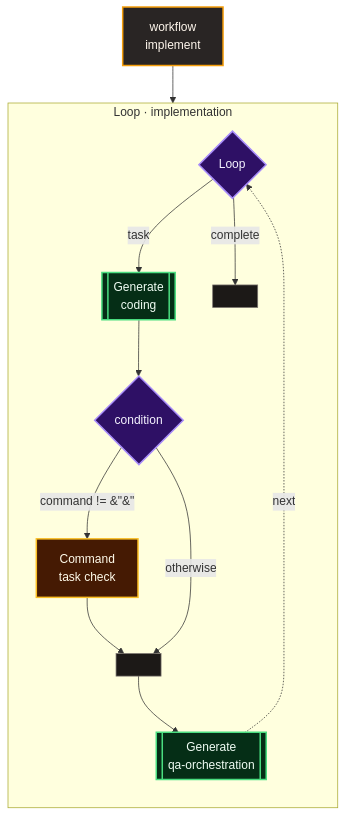
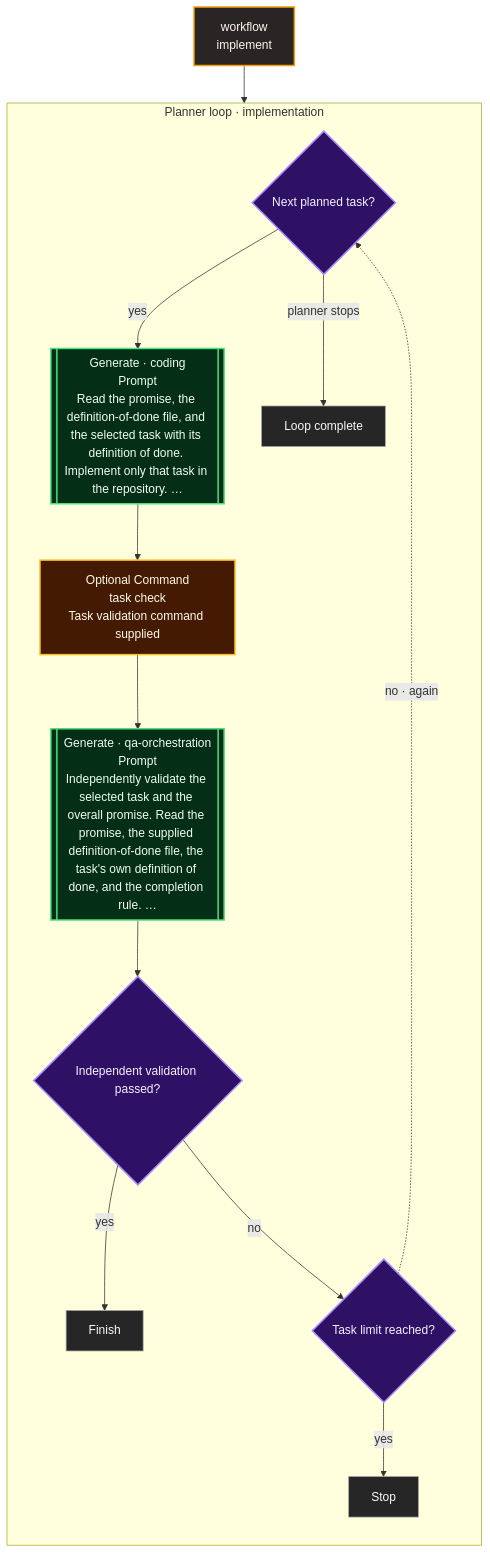
The diagram in docs-site/src/lib/generated/workflows/implement.mmd (tylergannon/gimbal), drawn with Mermaid before and after one commit. The commit also changed 17 other files, not shown here.

Commit message:
Make workflow diagrams explain their behavior

```diff
--- a/docs-site/src/lib/generated/workflows/implement.mmd
+++ b/docs-site/src/lib/generated/workflows/implement.mmd
@@ -1,31 +1,33 @@
 %% Code generated by gimblegen. DO NOT EDIT.
 flowchart TD
   n1["workflow<br/>implement"]:::workflow
-  subgraph s2["Loop · implementation"]
+  subgraph s2["Planner loop · implementation"]
     direction TB
-    n3{"Loop"}:::structure
-    n4[" "]:::boundary
-    n5[["Generate<br/>coding"]]:::generate
-    n6{"condition"}:::structure
-    n7[" "]:::boundary
-    n8["Command<br/>task check"]:::command
-    n6 -->|"command != &#34;&#34;"| n8
-    n8 --> n7
-    n6 -->|"otherwise"| n7
+    n3{"Next planned task?"}:::structure
+    n4["Loop complete"]:::exit
+    n5[["Generate · coding<br/>Prompt<br/>Read the promise, the definition-of-done file, and the selected task with its definition of done. Implement only that task in the repository. …"]]:::generate
+    n6["Optional Command<br/>task check<br/>Task validation command supplied"]:::command
     n5 --> n6
-    n9[["Generate<br/>qa-orchestration"]]:::generate
-    n7 --> n9
-    n3 -->|"task"| n5
-    n9 -. "next" .-> n3
-    n3 -->|"complete"| n4
+    n7[["Generate · qa-orchestration<br/>Prompt<br/>Independently validate the selected task and the overall promise. Read the promise, the supplied definition-of-done file, the task's own definition of done, and the completion rule. …"]]:::generate
+    n6 --> n7
+    n8{"Independent validation passed?"}:::structure
+    n9["Finish"]:::exit
+    n8 -->|"yes"| n9
+    n7 --> n8
+    n10{"Task limit reached?"}:::structure
+    n11["Stop"]:::exit
+    n10 -->|"yes"| n11
+    n8 -->|"no"| n10
+    n3 -->|"yes"| n5
+    n10 -. "no · again" .-> n3
+    n3 -->|"planner stops"| n4
   end
   n1 --> n3
   classDef workflow fill:#292524,stroke:#f59e0b,color:#fff7ed,stroke-width:2px
   classDef generate fill:#052e16,stroke:#4ade80,color:#f0fdf4,stroke-width:2px
   classDef interview fill:#3b0764,stroke:#c084fc,color:#faf5ff
   classDef command fill:#451a03,stroke:#fbbf24,color:#fffbeb,stroke-width:2px
   classDef structure fill:#2e1065,stroke:#a78bfa,color:#f5f3ff,stroke-width:2px
   classDef arm fill:#172554,stroke:#60a5fa,color:#eff6ff
   classDef exit fill:#262626,stroke:#a3a3a3,color:#fafafa
   classDef diagnostic fill:#450a0a,stroke:#f87171,color:#fef2f2,stroke-width:2px
-  classDef boundary fill:#1c1917,stroke:#78716c,color:#d6d3d1
```
